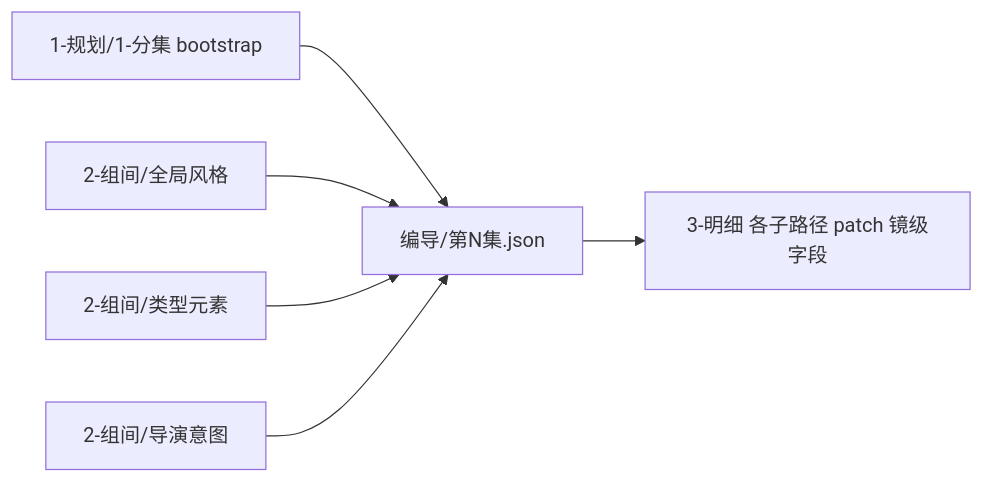
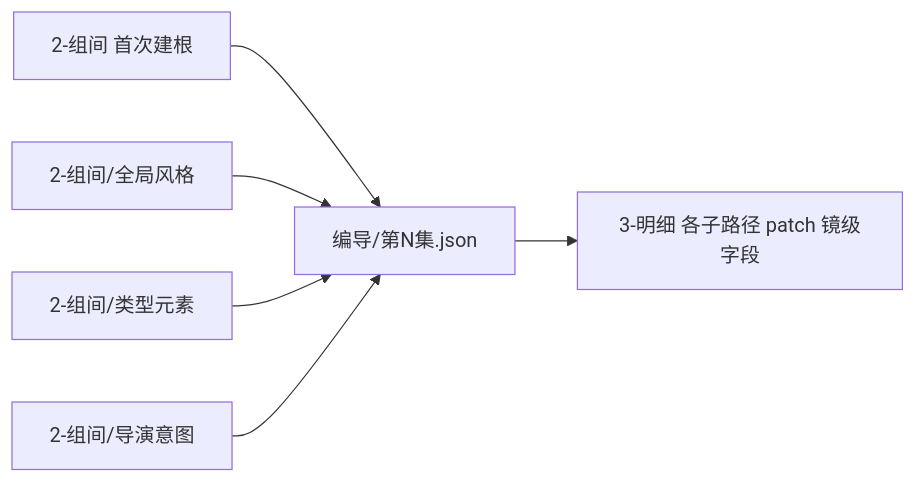
The second of 2 diagrams in .agents/skills/aigc/3-明细/SKILL.md (ZEN-VOID/AI-CUT), drawn with Mermaid before and after one commit. The commit also changed other lines of this file and 54 other files, not shown here.

````diff
--- a/.agents/skills/aigc/3-明细/SKILL.md
+++ b/.agents/skills/aigc/3-明细/SKILL.md
@@ -69,8 +69,8 @@
 ```mermaid
 flowchart LR
-    A["1-规划/1-分集 bootstrap"] --> B["编导/第N集.json"]
+    A["2-组间 首次建根"] --> B["编导/第N集.json"]
     C["2-组间/全局风格"] --> B
     D["2-组间/类型元素"] --> B
     E["2-组间/导演意图"] --> B
     B --> F["3-明细 各子路径 patch 镜级字段"]
 ```
````
